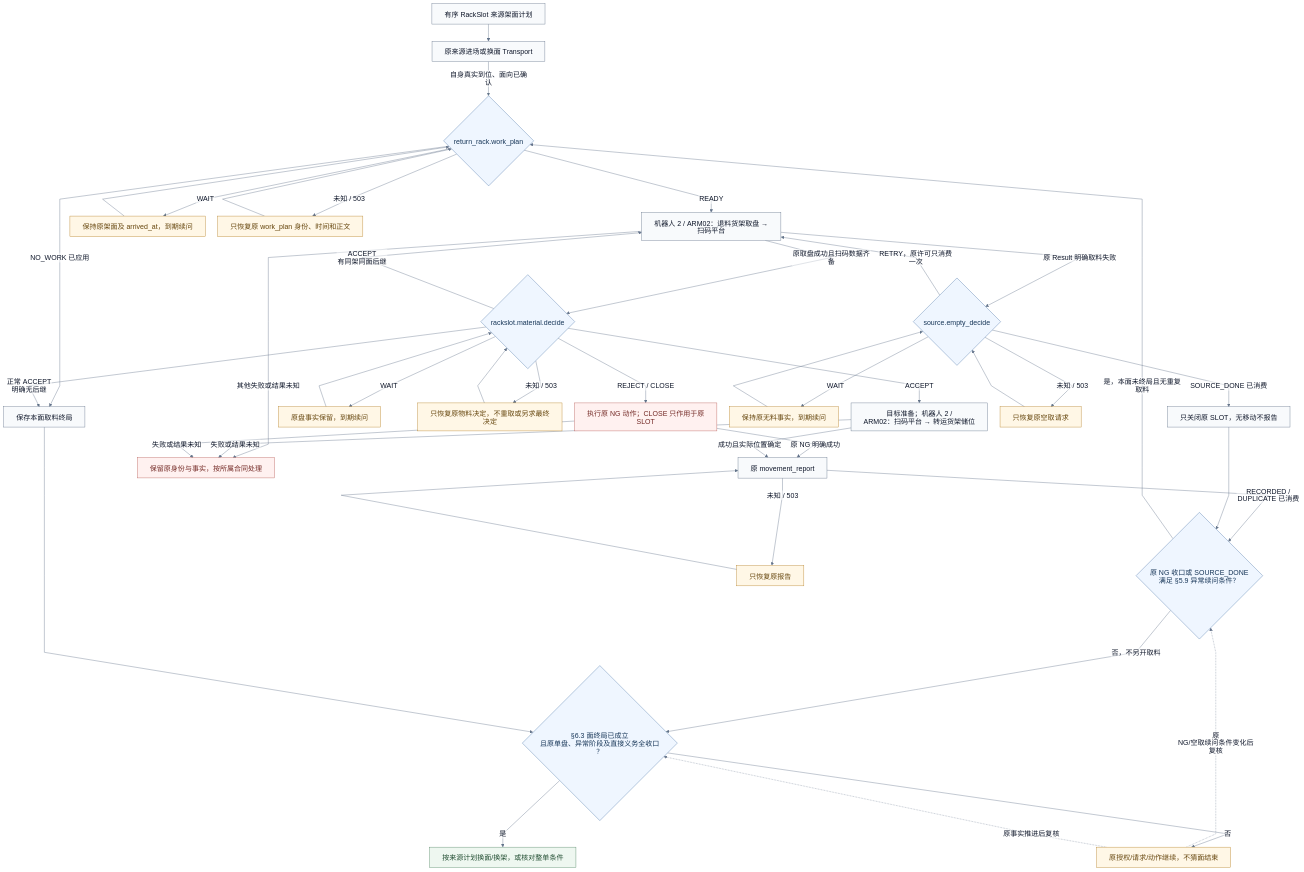
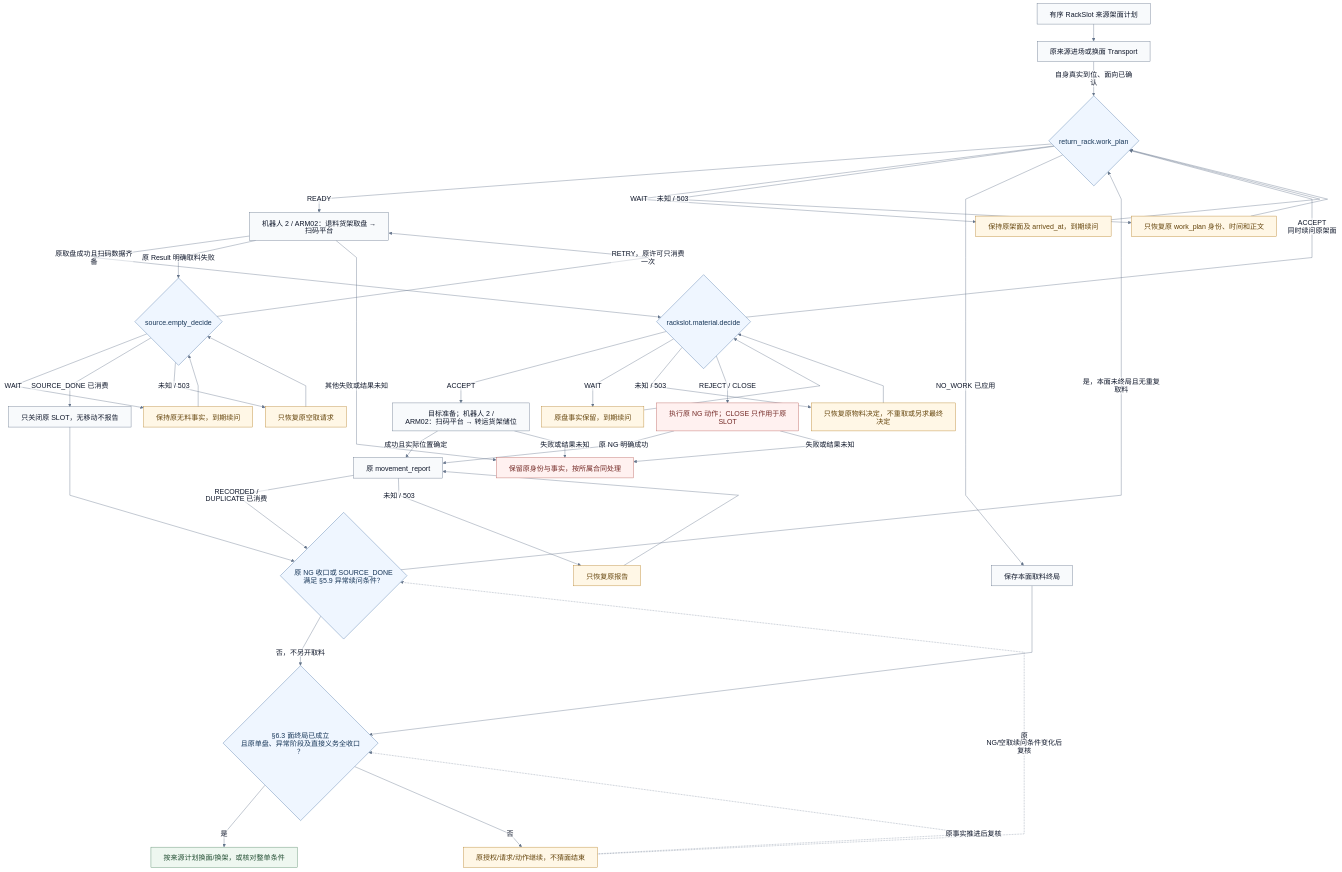
Before and after one commit to kaizhoumasha/maintenance-admin: the third of 4 diagrams in docs/integrations/smt-auto-api.md, drawn with Mermaid. The commit also changed other lines of this file and 19 other files, not shown here.

````diff
--- a/docs/integrations/smt-auto-api.md
+++ b/docs/integrations/smt-auto-api.md
@@ -306,52 +305,51 @@
 ```mermaid
 %%{init: {"htmlLabels":false,"theme":"base","flowchart":{"htmlLabels":false,"padding":16,"nodeSpacing":32,"rankSpacing":44,"curve":"linear","wrappingWidth":320,"diagramPadding":20},"themeVariables":{"fontFamily":"sans-serif","fontSize":"18px","lineColor":"#64748b","edgeLabelBackground":"#ffffff","primaryColor":"#f8fafc","primaryTextColor":"#0f172a","primaryBorderColor":"#64748b"},"fontFamily":"sans-serif"}}%%
 flowchart TB
     R0["有序 RackSlot 来源架面计划"] --> R1["原来源进场或换面 Transport"]
     R1 -->|自身真实到位、面向已确认| R2{"return_rack.work_plan"}
     R2 -->|READY| R3["机器人 2 / ARM02：退料货架取盘 → 扫码平台"]
     R2 -->|WAIT| RW["保持原架面及 arrived_at，到期续问"]
     RW --> R2
     R2 -->|未知 / 503| RWP["只恢复原 work_plan 身份、时间和正文"]
     RWP --> R2
     R2 -->|NO_WORK 已应用| RT["保存本面取料终局"]
     R3 -->|原取盘成功且扫码数据齐备| R4{"rackslot.material.decide"}
     R4 -->|ACCEPT| R5["目标准备；机器人 2 / ARM02：扫码平台 → 转运货架储位"]
-    R4 -->|ACCEPT 有同架同面后继| R3
-    R4 -->|正常 ACCEPT 明确无后继| RT
+    R4 -->|ACCEPT 同时续问原架面| R2
     R4 -->|WAIT| RDW["原盘事实保留，到期续问"]
     RDW --> R4
     R4 -->|未知 / 503| RMP["只恢复原物料决定，不重取或另求最终决定"]
     RMP --> R4
     R4 -->|REJECT / CLOSE| RNG["执行原 NG 动作；CLOSE 只作用于原 SLOT"]
     RNG -->|原 NG 明确成功| R6["原 movement_report"]
     R5 -->|成功且实际位置确定| R6
     R6 -->|RECORDED / DUPLICATE 已消费| RA{"原 NG 收口或 SOURCE_DONE<br/>满足 §5.9 异常续问条件？"}
     R6 -->|未知 / 503| RREP["只恢复原报告"]
     RREP --> R6
     R3 -->|原 Result 明确取料失败| RE{"source.empty_decide"}
     RE -->|WAIT| REW["保持原无料事实，到期续问"]
     REW --> RE
     RE -->|RETRY，原许可只消费一次| R3
     RE -->|SOURCE_DONE 已消费| RSD["只关闭原 SLOT，无移动不报告"]
     RSD --> RA
     RA -->|是，本面未终局且无重复取料| R2
     RA -->|否，不另开取料| RC{"§6.3 面终局已成立<br/>且原单盘、异常阶段及直接义务全收口？"}
     RT --> RC
     RC -->|是| R7["按来源计划换面/换架，或核对整单条件"]
     RC -->|否| RP["原授权/请求/动作继续，不猜面结束"]
     RP -.->|原 NG/空取续问条件变化后复核| RA
     RP -.->|原事实推进后复核| RC
     R3 -->|其他失败或结果未知| RU["保留原身份与事实，按所属合同处理"]
     R5 -->|失败或结果未知| RU
     RNG -->|失败或结果未知| RU
     RE -->|未知 / 503| REU["只恢复原空取请求"]
     REU --> RE
     classDef decision fill:#eff6ff,stroke:#4d76a8,color:#173658
     classDef waiting fill:#fff7e6,stroke:#b58127,color:#65450c
     classDef attention fill:#fff1f0,stroke:#b85d58,color:#742a26
     classDef done fill:#eef7f0,stroke:#508462,color:#214d31
     class R2,R4,RE,RA,RC decision
     class RW,RDW,REW,RP,RREP,REU,RWP,RMP waiting
     class RNG,RU attention
     class R7 done
 ```
````
